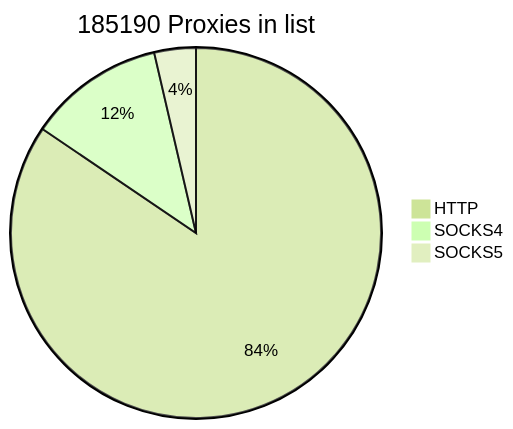
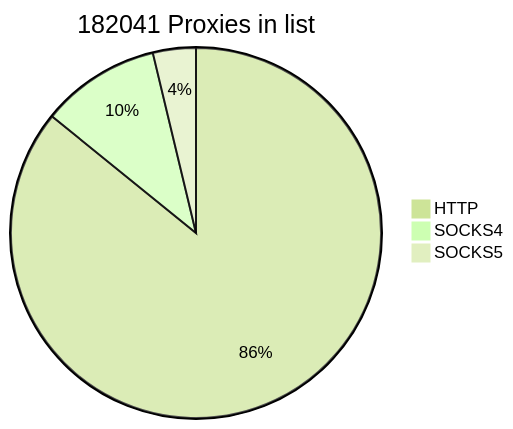
Before and after one commit to cutipu/proxylist: the first of 2 diagrams in README.md, drawn with Mermaid (forest theme). The commit also changed other lines of this file, not shown here.

````diff
--- a/README.md
+++ b/README.md
@@ -2,7 +2,7 @@
 ```mermaid
-pie title 185190 Proxies in list
-    "HTTP" : 156443
-    "SOCKS4" : 22023
-    "SOCKS5" : 6724
+pie title 182041 Proxies in list
+    "HTTP" : 156263
+    "SOCKS4" : 18955
+    "SOCKS5" : 6823
             
 ```
````
